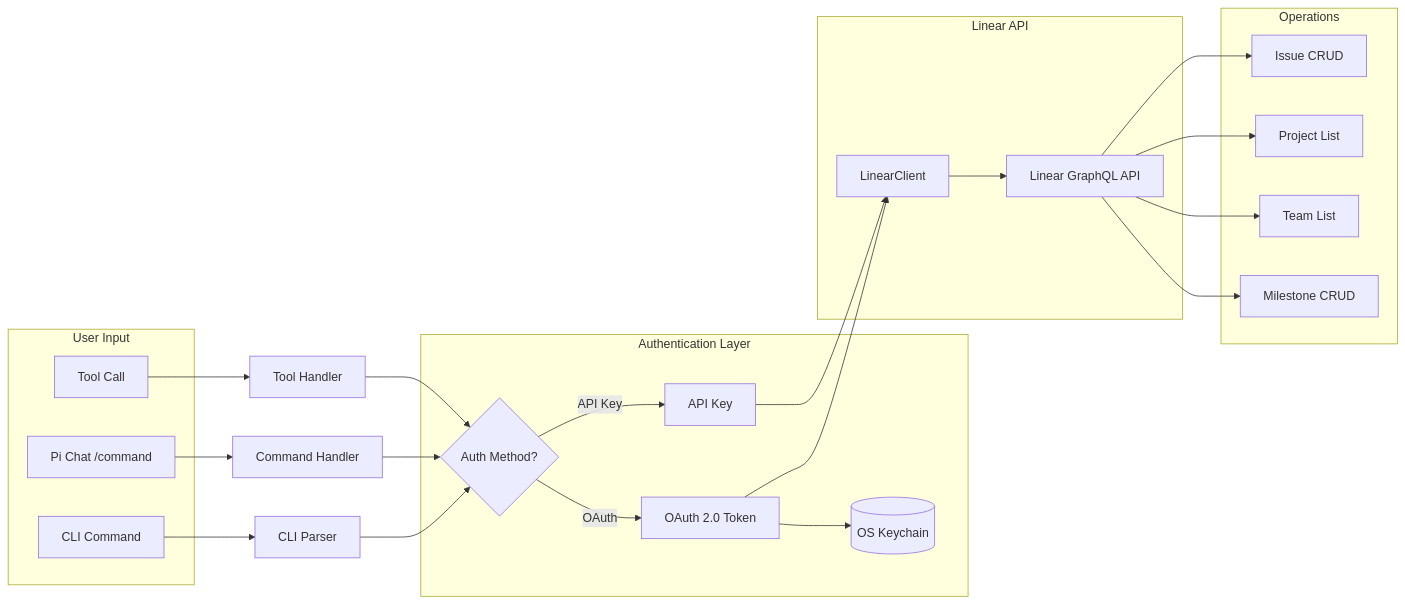
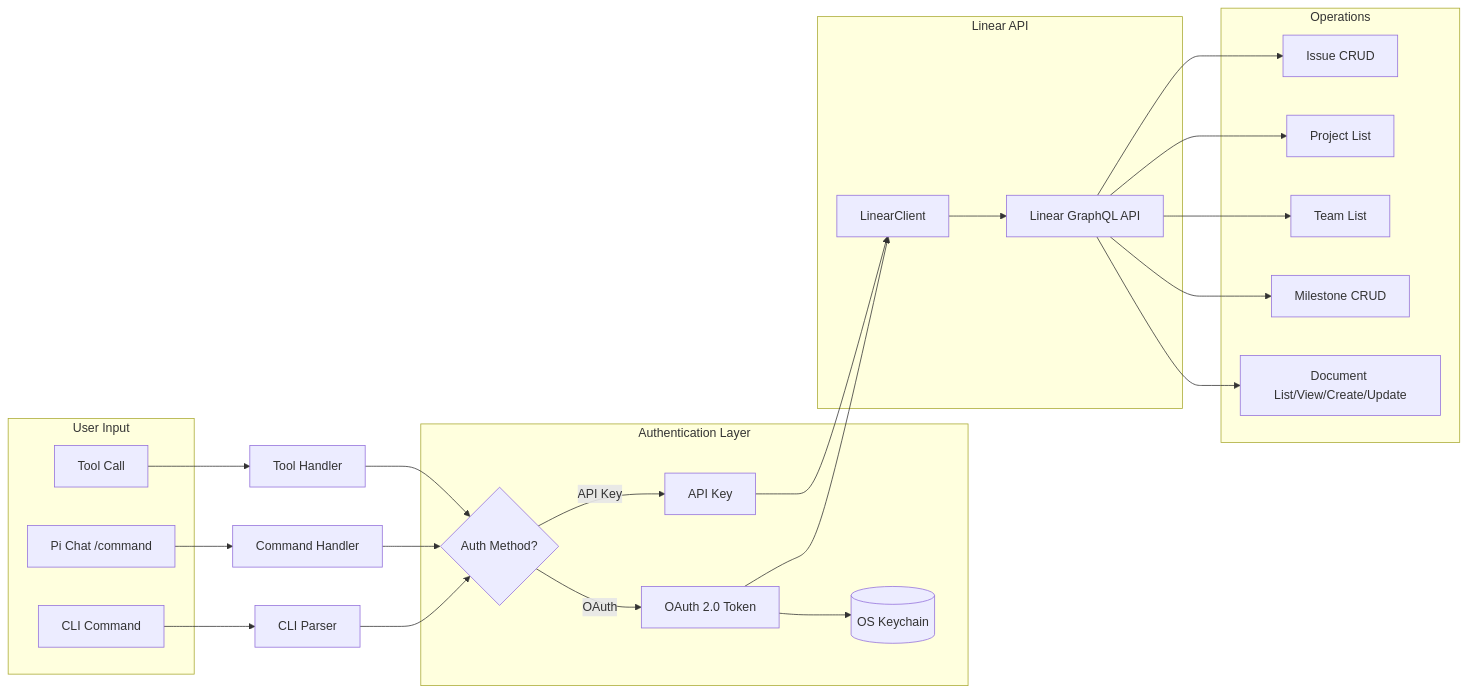
Before and after one commit to fink-andreas/pi-linear-tools: the second of 5 diagrams in docs/ARCHITECTURE.md, drawn with Mermaid. The commit also changed other lines of this file and 12 other files, not shown here.

````diff
--- a/docs/ARCHITECTURE.md
+++ b/docs/ARCHITECTURE.md
@@ -102,47 +102,49 @@
 ```mermaid
 flowchart LR
     subgraph "User Input"
         U1[CLI Command]
         U2[Pi Chat /command]
         U3[Tool Call]
     end
 
     subgraph "Authentication Layer"
         AUTH{Auth Method?}
         OAUTH[OAuth 2.0 Token]
         APIKEY[API Key]
         KEYCHAIN[(OS Keychain)]
     end
 
     subgraph "Linear API"
         CLIENT[LinearClient]
         GRAPHQL[Linear GraphQL API]
     end
 
     subgraph "Operations"
         ISSUES[Issue CRUD]
         PROJECTS[Project List]
         TEAMS[Team List]
         MILESTONES[Milestone CRUD]
+        DOCUMENTS[Document List/View/Create/Update]
     end
 
     U1 --> CLI[CLI Parser]
     U2 --> CMD[Command Handler]
     U3 --> TOOL[Tool Handler]
 
     CLI --> AUTH
     CMD --> AUTH
     TOOL --> AUTH
 
     AUTH -->|OAuth| OAUTH
     AUTH -->|API Key| APIKEY
     OAUTH --> KEYCHAIN
     OAUTH --> CLIENT
     APIKEY --> CLIENT
 
     CLIENT --> GRAPHQL
     GRAPHQL --> ISSUES
     GRAPHQL --> PROJECTS
     GRAPHQL --> TEAMS
     GRAPHQL --> MILESTONES
+    GRAPHQL --> DOCUMENTS
 ```
````
